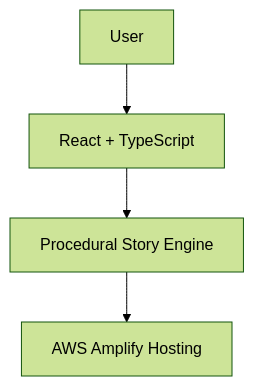
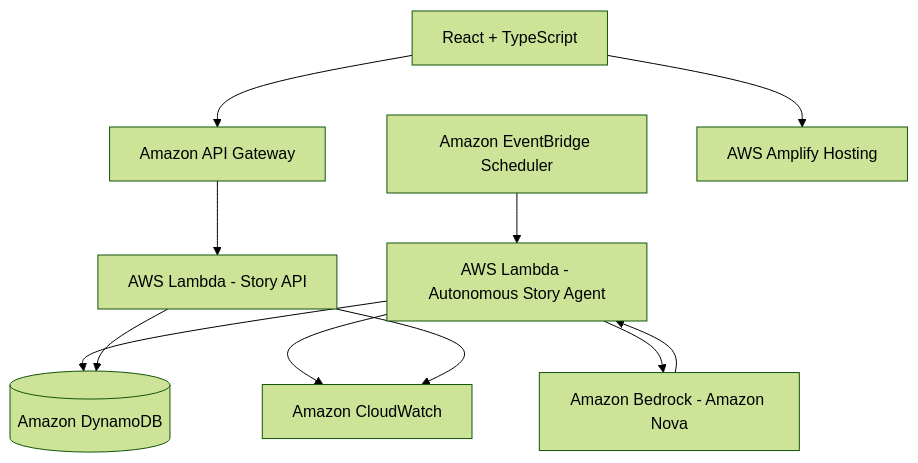
One commit to PamudaUposath/plottwist-ai changed the diagram in README.md. Above: the diagram before and after it, drawn with Mermaid (forest theme). The commit also changed other lines of this file and 34 other files, not shown here.

````diff
--- a/README.md
+++ b/README.md
@@ -28,6 +24,26 @@
 ```mermaid
 flowchart TD
-    U[User] --> R[React + TypeScript]
-    R --> E[Procedural Story Engine]
-    E --> A[AWS Amplify Hosting]
+    EBS[Amazon EventBridge Scheduler]
+    GEN[AWS Lambda - Autonomous Story Agent]
+    BR[Amazon Bedrock - Amazon Nova]
+    DB[(Amazon DynamoDB)]
+    API[Amazon API Gateway]
+    APIL[AWS Lambda - Story API]
+    UI[React + TypeScript]
+    AMP[AWS Amplify Hosting]
+    CW[Amazon CloudWatch]
+
+    EBS --> GEN
+    GEN --> BR
+    BR --> GEN
+    GEN --> DB
+
+    UI --> API
+    API --> APIL
+    APIL --> DB
+
+    UI --> AMP
+
+    GEN --> CW
+    APIL --> CW
 ```
````
